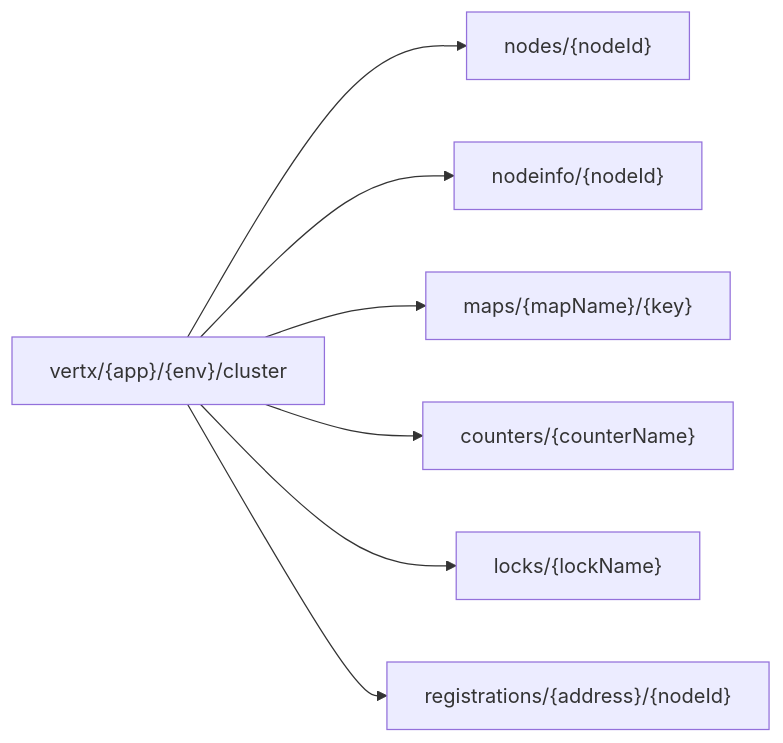
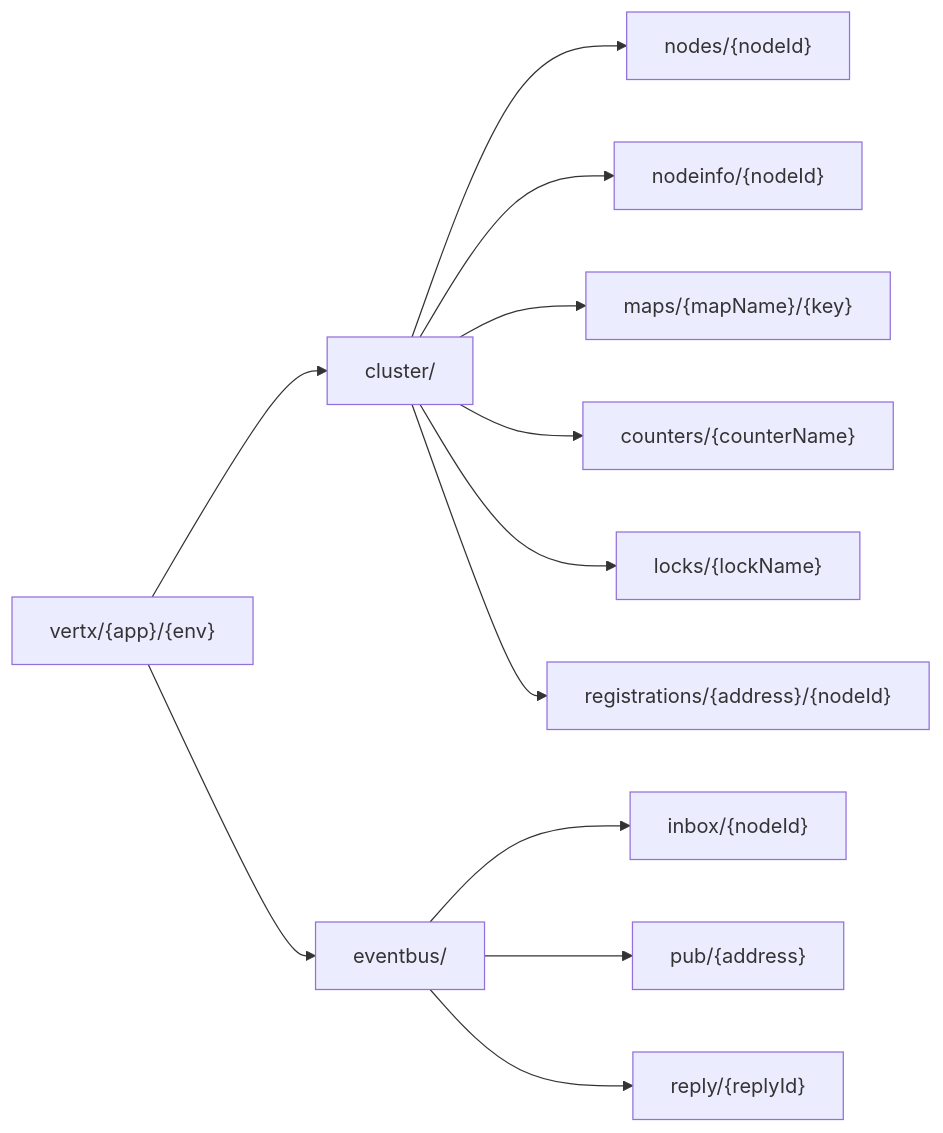
One commit to ossworker/vertx-starter changed the seventh of 8 diagrams in .qoder/repowiki/zh/content/集群管理模块/集群管理器实现.md. Above: the diagram before and after it, drawn with Mermaid. The commit also changed other lines of this file and 7 other files, not shown here.

````diff
--- a/.qoder/repowiki/zh/content/集群管理模块/集群管理器实现.md
+++ b/.qoder/repowiki/zh/content/集群管理模块/集群管理器实现.md
@@ -288,9 +423,14 @@
 ```mermaid
 graph LR
-PFX["vertx/{app}/{env}/cluster"] --> NODES["nodes/{nodeId}"]
-PFX --> NINFO["nodeinfo/{nodeId}"]
-PFX --> MAPS["maps/{mapName}/{key}"]
-PFX --> CTRS["counters/{counterName}"]
-PFX --> LOCKS["locks/{lockName}"]
-PFX --> REGS["registrations/{address}/{nodeId}"]
+PFX["vertx/{app}/{env}"] --> CLUS["cluster/"]
+PFX --> EBUS["eventbus/"]
+CLUS --> NODES["nodes/{nodeId}"]
+CLUS --> NINFO["nodeinfo/{nodeId}"]
+CLUS --> MAPS["maps/{mapName}/{key}"]
+CLUS --> CTRS["counters/{counterName}"]
+CLUS --> LOCKS["locks/{lockName}"]
+CLUS --> REGS["registrations/{address}/{nodeId}"]
+EBUS --> INBOX["inbox/{nodeId}"]
+EBUS --> PUB["pub/{address}"]
+EBUS --> REPLY["reply/{replyId}"]
 ```
````
